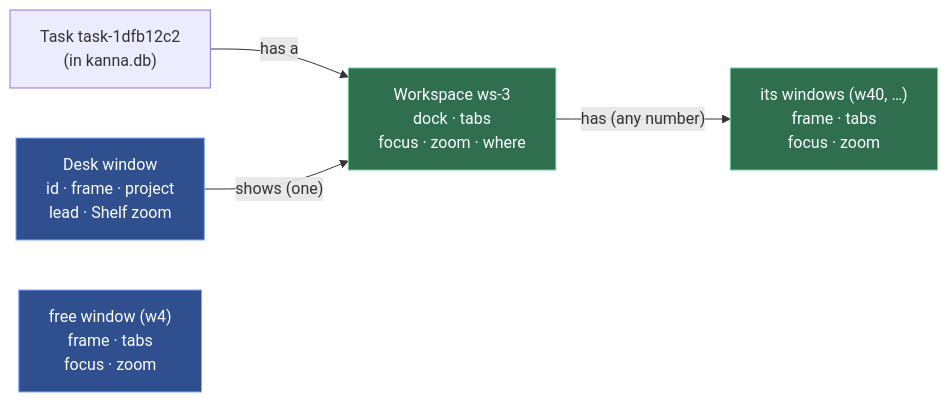
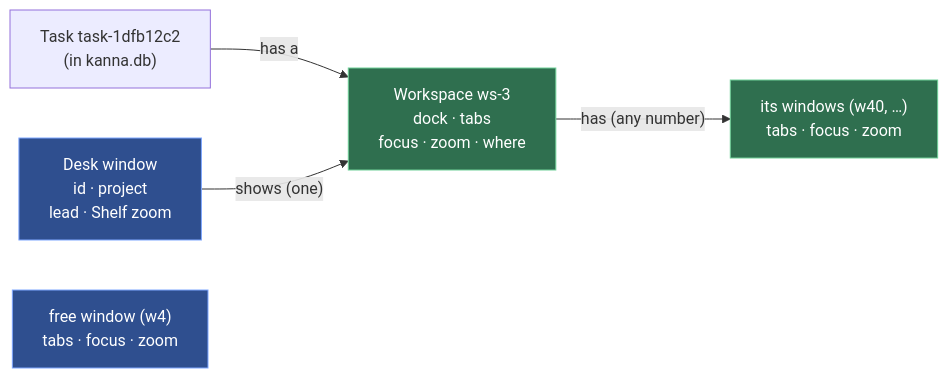
The first of 4 diagrams in docs/specs/workspaces.md (tampopogk/kanna), drawn with Mermaid before and after one commit. The commit also changed other lines of this file and 15 other files, not shown here.

````diff
--- a/docs/specs/workspaces.md
+++ b/docs/specs/workspaces.md
@@ -22,15 +22,15 @@
 ```mermaid
 flowchart LR
-    DW["Desk window<br/>id · frame · project<br/>lead · Shelf zoom"]
+    DW["Desk window<br/>id · project<br/>lead · Shelf zoom"]
     T["Task task-1dfb12c2<br/>(in kanna.db)"]
     WS["Workspace ws-3<br/>dock · tabs<br/>focus · zoom · where"]
-    OW["its windows (w40, …)<br/>frame · tabs<br/>focus · zoom"]
-    FW["free window (w4)<br/>frame · tabs<br/>focus · zoom"]
+    OW["its windows (w40, …)<br/>tabs · focus · zoom"]
+    FW["free window (w4)<br/>tabs · focus · zoom"]
     T -->|"has a"| WS
     DW -->|"shows (one)"| WS
     WS -->|"has (any number)"| OW
     classDef ours fill:#2f6f4f,stroke:#6fcf97,color:#ffffff
     classDef plain fill:#2f4f8f,stroke:#7fa7ff,color:#ffffff
     class WS,OW ours
     class DW,FW plain
 ```
````
